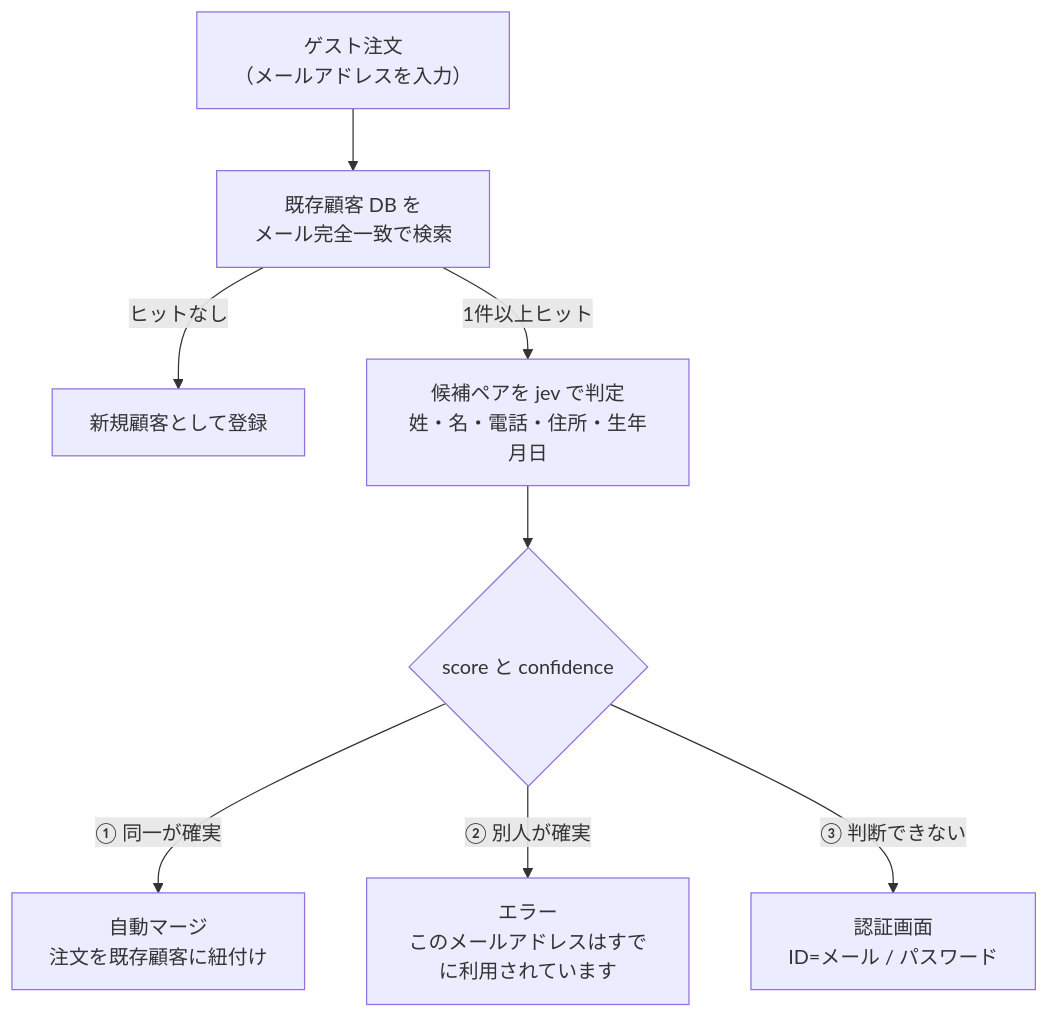
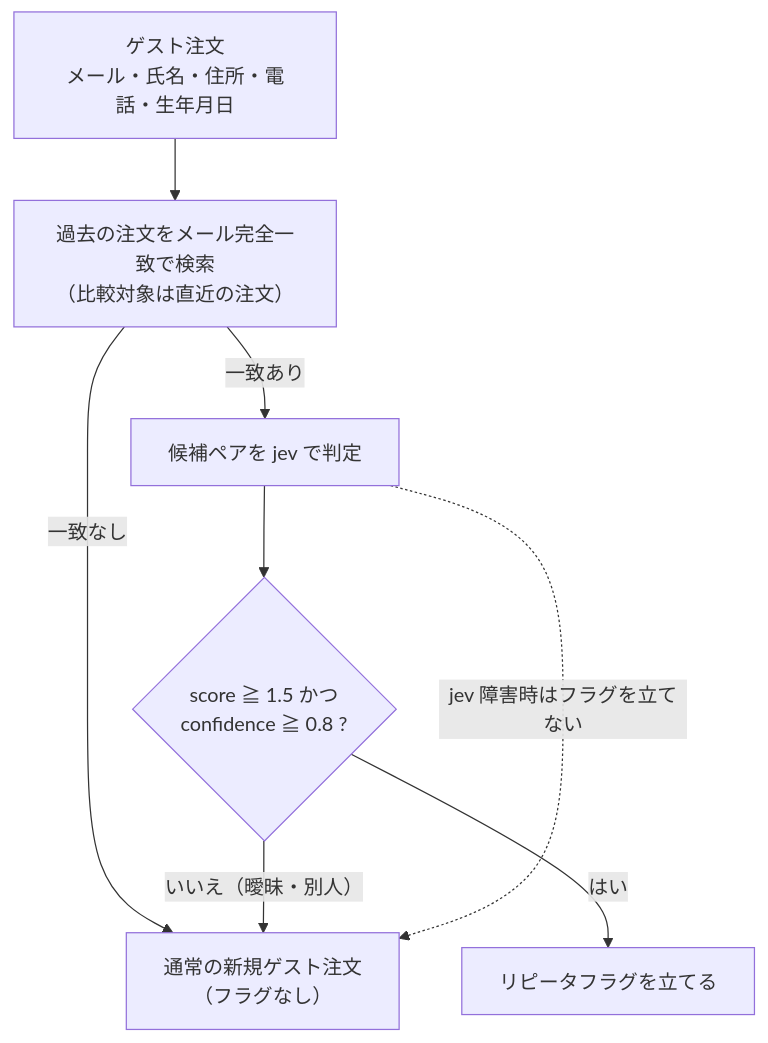
Before and after one commit to okamoto53515606/dot-: the first of 3 diagrams in docs/name-matching.md, drawn with Mermaid. The commit also changed other lines of this file, not shown here.

````diff
--- a/docs/name-matching.md
+++ b/docs/name-matching.md
@@ -36,10 +54,10 @@
 ```mermaid
 flowchart TD
-    A["ゲスト注文<br/>（メールアドレスを入力）"] --> B["既存顧客 DB を<br/>メール完全一致で検索"]
-    B -->|"ヒットなし"| C["新規顧客として登録"]
-    B -->|"1件以上ヒット"| D["候補ペアを jev で判定<br/>姓・名・電話・住所・生年月日"]
-    D --> E{"score と confidence"}
-    E -->|"① 同一が確実"| F["自動マージ<br/>注文を既存顧客に紐付け"]
-    E -->|"② 別人が確実"| G["エラー<br/>このメールアドレスはすでに利用されています"]
-    E -->|"③ 判断できない"| H["認証画面<br/>ID=メール / パスワード"]
+    A["ゲスト注文<br/>メール・氏名・住所・電話・生年月日"] --> B["過去の注文をメール完全一致で検索<br/>（比較対象は直近の注文）"]
+    B -->|"一致なし"| C["通常の新規ゲスト注文<br/>（フラグなし）"]
+    B -->|"一致あり"| D["候補ペアを jev で判定"]
+    D --> E{"score ≧ 1.5 かつ<br/>confidence ≧ 0.8 ?"}
+    E -->|"はい"| F["リピータフラグを立てる"]
+    E -->|"いいえ（曖昧・別人）"| C
+    D -.->|"jev 障害時はフラグを立てない"| C
 ```
````
